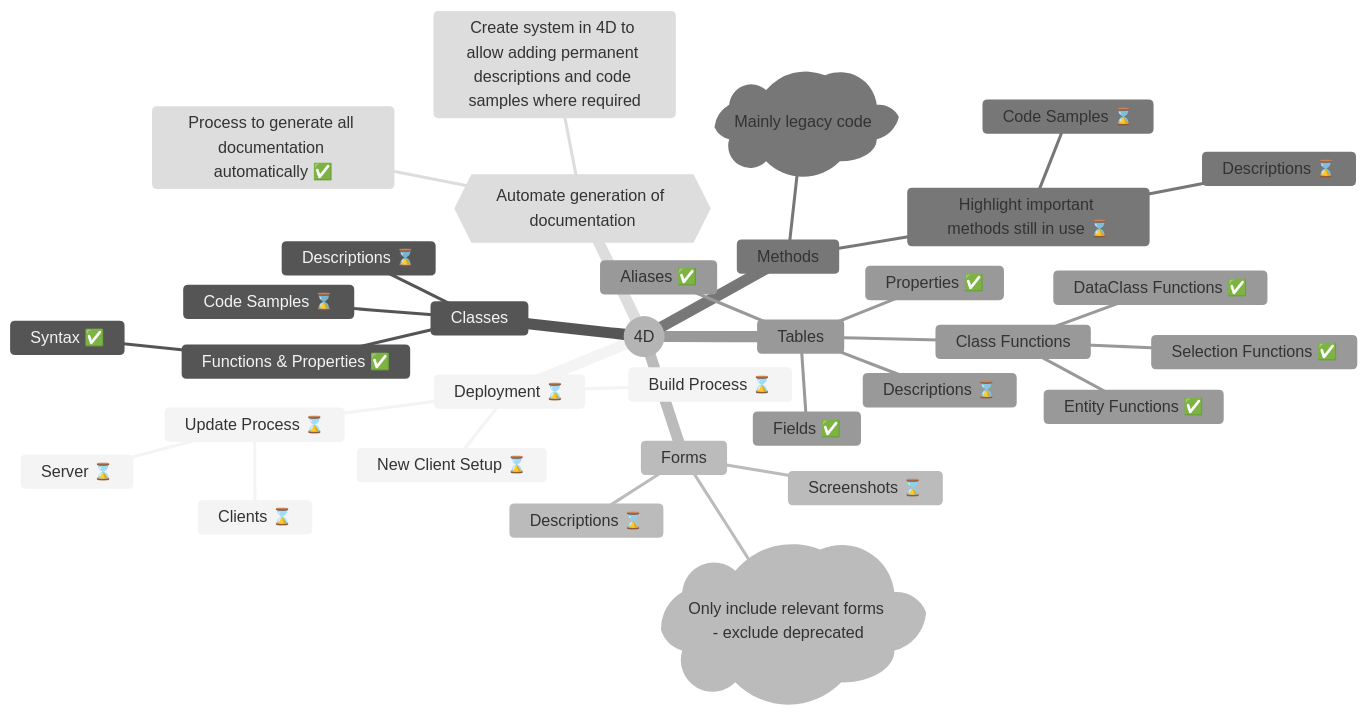
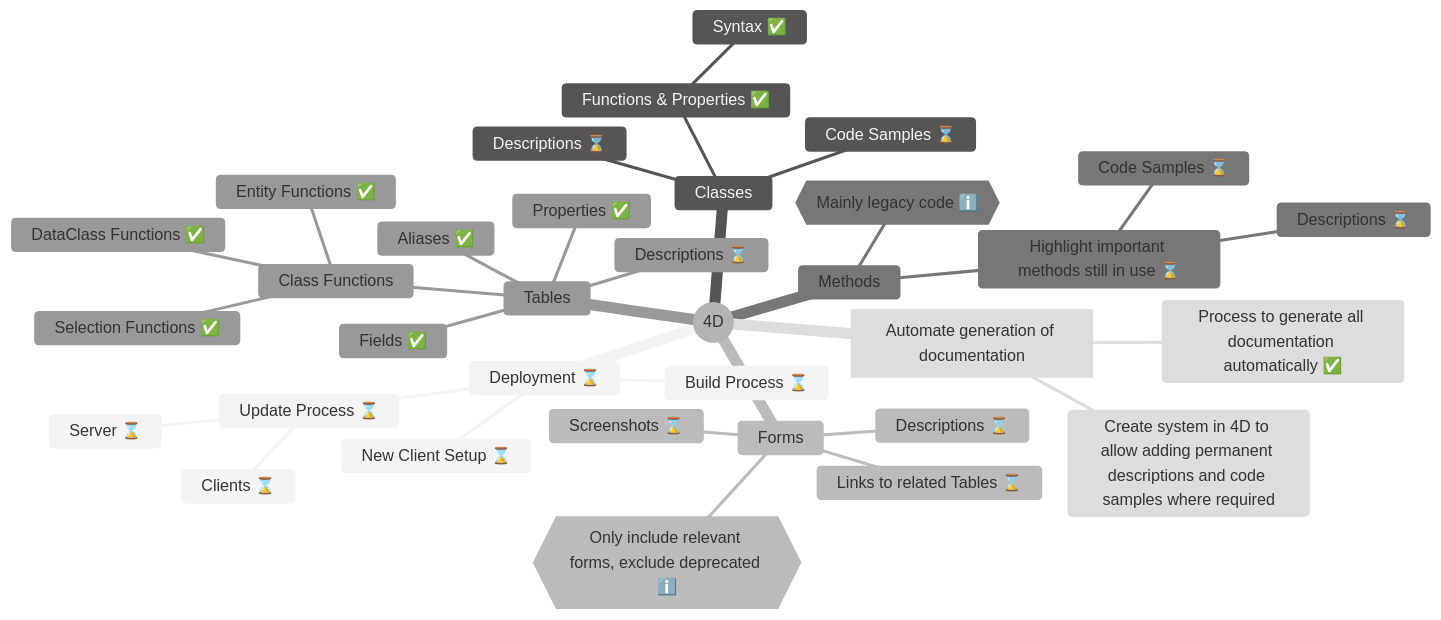
The first of 2 diagrams in index.md (synthotec/synthotec.github.io), drawn with Mermaid (neutral theme) before and after one commit. The commit also changed other lines of this file, not shown here.

````diff
--- a/index.md
+++ b/index.md
@@ -9,36 +9,37 @@
 ```mermaid
 mindmap
     root((4D))
         Deployment ⌛
             Build Process ⌛
             New Client Setup ⌛
             Update Process ⌛
                 Clients ⌛
                 Server ⌛
         Classes
             Code Samples ⌛
             Descriptions ⌛
             Functions & Properties ✅
                 Syntax ✅
         Forms
-            )Only include relevant forms - exclude deprecated(
+            id{{Only include relevant forms, exclude deprecated ℹ️}}
             Descriptions ⌛
+            Links to related Tables ⌛
             Screenshots ⌛
         Methods
-            )Mainly legacy code(
+            id{{Mainly legacy code ℹ️}}
             Highlight important methods still in use ⌛
                 Code Samples ⌛
                 Descriptions ⌛
         Tables
             Descriptions ⌛
             Fields ✅
             Aliases ✅
             Properties ✅
             Class Functions
                 DataClass Functions ✅
                 Entity Functions ✅
                 Selection Functions ✅
-        {{Automate generation of documentation}}
+        [Automate generation of documentation]
             Process to generate all documentation automatically ✅
             Create system in 4D to allow adding permanent descriptions and code samples where required
 ```
````
